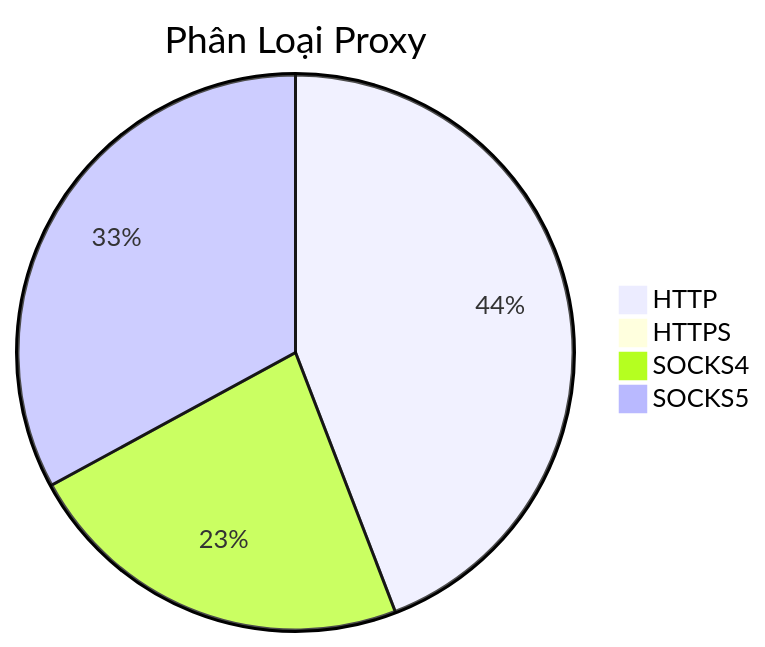
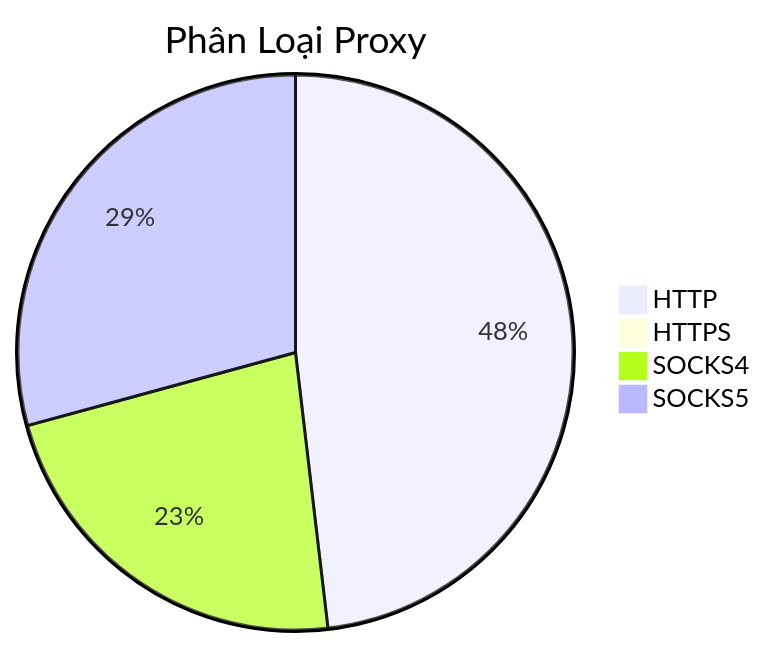
One commit to Ciara-12/PROXY-free changed the diagram in README.md. Above: the diagram before and after it, drawn with Mermaid. The commit also changed other lines of this file and 4 other files, not shown here.

````diff
--- a/README.md
+++ b/README.md
@@ -26,7 +26,7 @@
 ```mermaid
 pie title Phân Loại Proxy
-    "HTTP" : 472
-    "HTTPS" : 2
-    "SOCKS4" : 245
-    "SOCKS5" : 352
+    "HTTP" : 619
+    "HTTPS" : 1
+    "SOCKS4" : 291
+    "SOCKS5" : 376
 ```
````
